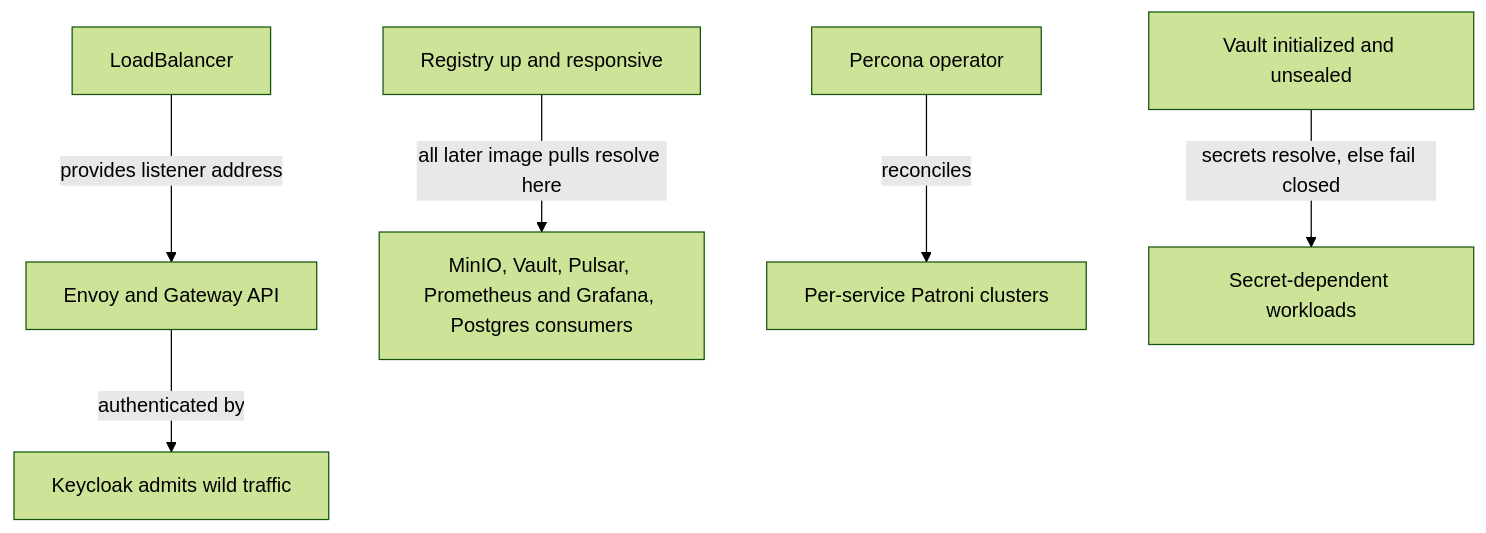
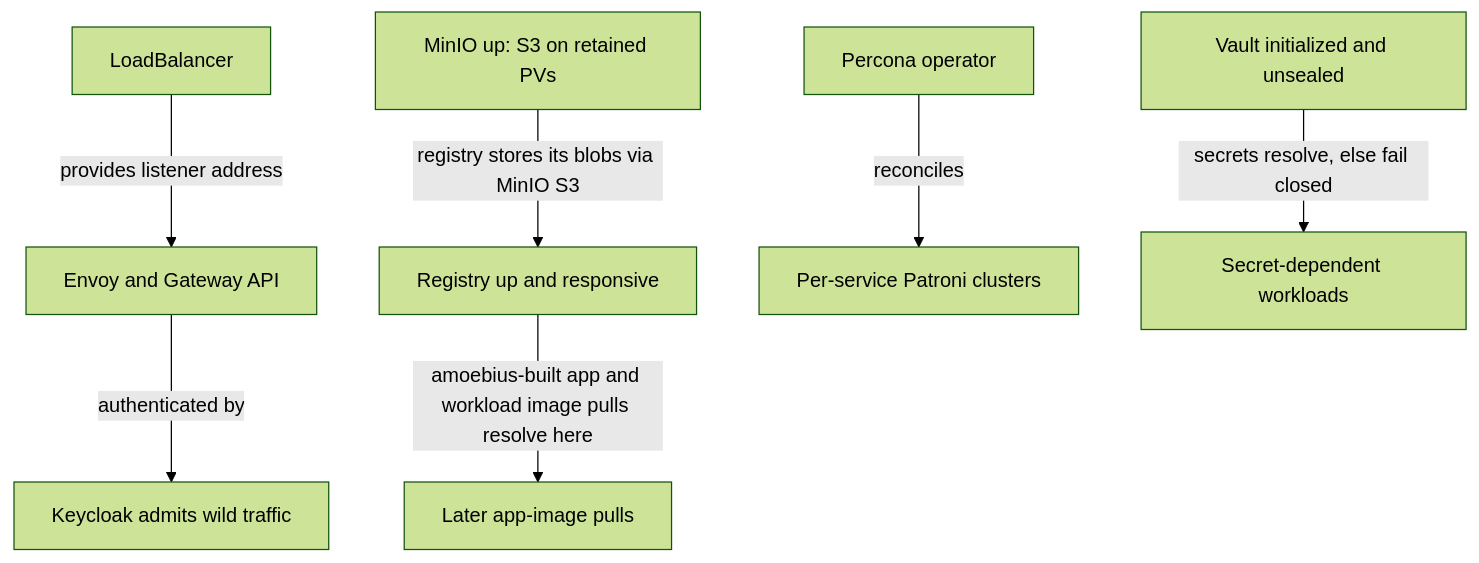
Before and after one commit to Tuee22/amoebius: the second of 2 diagrams in documents/engineering/platform_services_doctrine.md, drawn with Mermaid (forest theme). The commit also changed other lines of this file and 3 other files, not shown here.

````diff
--- a/documents/engineering/platform_services_doctrine.md
+++ b/documents/engineering/platform_services_doctrine.md
@@ -325,8 +332,9 @@
 ```mermaid
 flowchart TD
   lb[LoadBalancer] -->|provides listener address| edge[Envoy and Gateway API]
-  reg[Registry up and responsive] -->|all later image pulls resolve here| services[MinIO, Vault, Pulsar, Prometheus and Grafana, Postgres consumers]
+  minio[MinIO up: S3 on retained PVs] -->|registry stores its blobs via MinIO S3| reg[Registry up and responsive]
+  reg -->|amoebius-built app and workload image pulls resolve here| apppulls[Later app-image pulls]
   operator[Percona operator] -->|reconciles| pg[Per-service Patroni clusters]
   vault[Vault initialized and unsealed] -->|secrets resolve, else fail closed| secretdeps[Secret-dependent workloads]
   edge -->|authenticated by| keycloak[Keycloak admits wild traffic]
 ```
````
